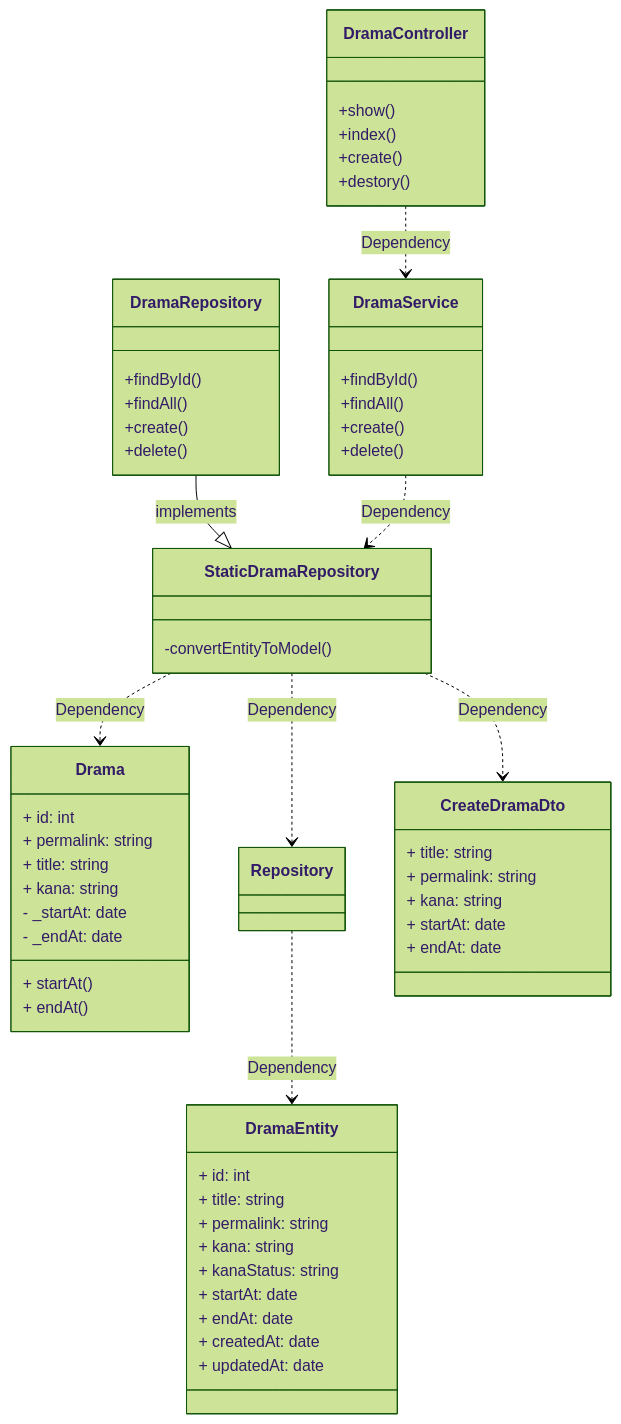
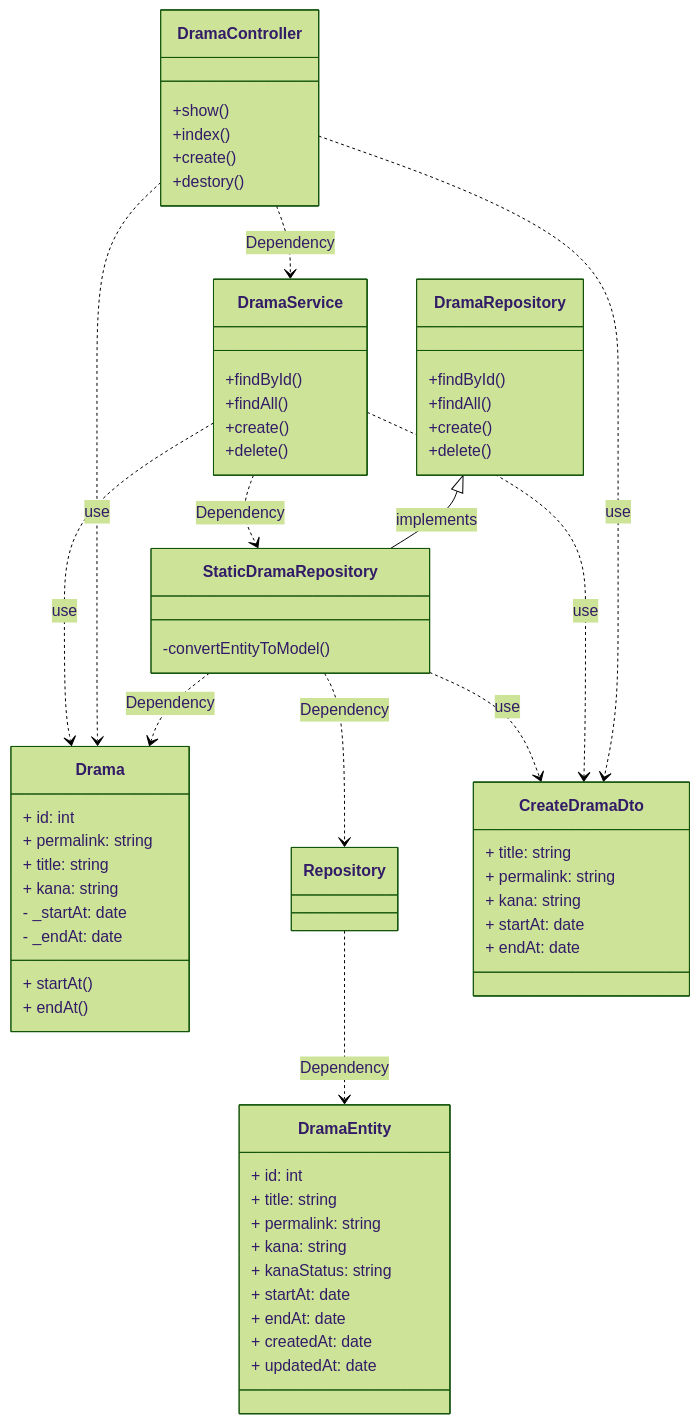
One commit to mediascience-gk/dramafam-by-nest-next changed the diagram in docs/class-diagram.md. Above: the diagram before and after it, drawn with Mermaid (forest theme).

Commit message:
Modified class diagram

````diff
--- a/docs/class-diagram.md
+++ b/docs/class-diagram.md
@@ -1,59 +1,63 @@
 ```mermaid
 classDiagram
-    DramaRepository --|> StaticDramaRepository: implements
+    DramaRepository <|-- StaticDramaRepository: implements
     DramaService ..> StaticDramaRepository: Dependency
     DramaController ..> DramaService: Dependency
     StaticDramaRepository ..> Drama: Dependency
     StaticDramaRepository ..> Repository: Dependency
     Repository ..> DramaEntity: Dependency
-    StaticDramaRepository ..> CreateDramaDto: Dependency
+    DramaController ..> CreateDramaDto: use
+    DramaService ..> CreateDramaDto: use
+    StaticDramaRepository ..> CreateDramaDto: use
+    DramaController ..> Drama: use
+    DramaService ..> Drama: use
     class DramaRepository {
         +findById()
         +findAll()
         +create()
         +delete()
     }
     class StaticDramaRepository {
         -convertEntityToModel()
     }
     class DramaService {
         +findById()
         +findAll()
         +create()
         +delete()
     }
     class DramaController {
         +show()
         +index()
         +create()
         +destory()
     }
     class Drama {
         + id: int
         + permalink: string
         + title: string
         + kana: string
         - _startAt: date
         - _endAt: date
         + startAt()
         + endAt()
     }
     class CreateDramaDto {
         + title: string
         + permalink: string
         + kana: string
         + startAt: date
         + endAt: date
     }
     class DramaEntity {
         + id: int
         + title: string
         + permalink: string
         + kana: string
         + kanaStatus: string
         + startAt: date
         + endAt: date
         + createdAt: date
         + updatedAt: date
     }
 ```
````
